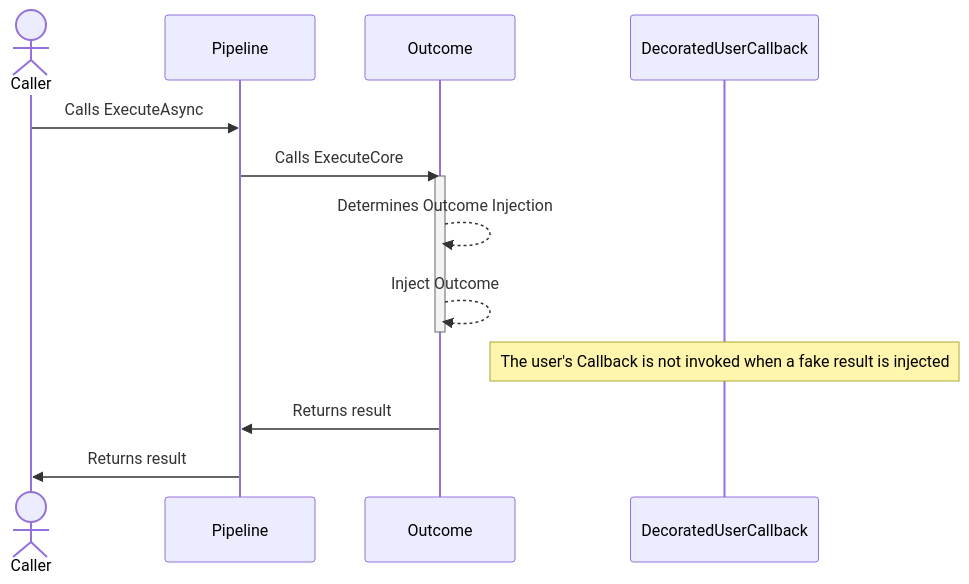
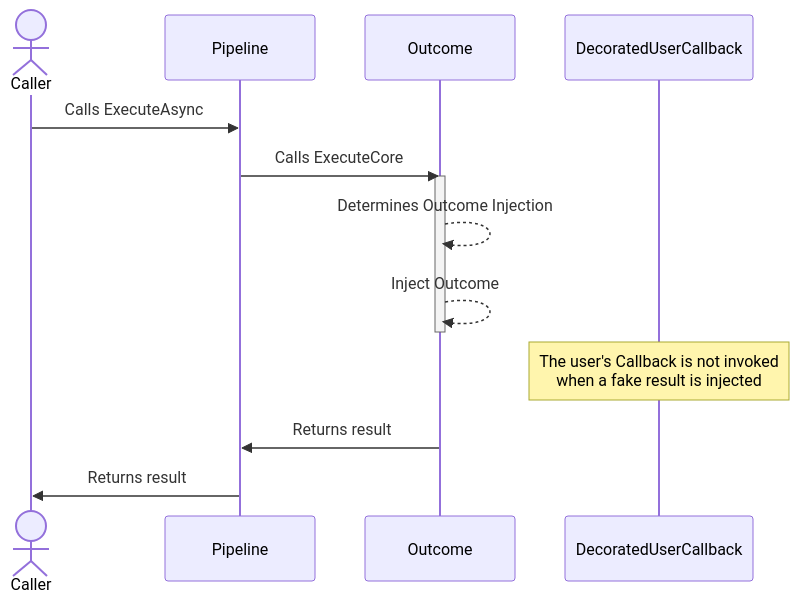
One commit to App-vNext/Polly changed the second of 2 diagrams in docs/chaos/result.md. Above: the diagram before and after it, drawn with Mermaid. The commit also changed 4 other files, not shown here.

````diff
--- a/docs/chaos/result.md
+++ b/docs/chaos/result.md
@@ -125,17 +125,17 @@
 ```mermaid
 sequenceDiagram
     actor C as Caller
     participant P as Pipeline
     participant B as Outcome
     participant D as DecoratedUserCallback
 
     C->>P: Calls ExecuteAsync
     P->>B: Calls ExecuteCore
     activate B
     B-->>B: Determines Outcome Injection
     B-->>B: Inject Outcome
     deactivate B
-    Note over D: The user's Callback is not invoked when a fake result is injected
+    Note over D: The user's Callback is not invoked<br/>when a fake result is injected
     B->>P: Returns result
     P->>C: Returns result
 ```
````
